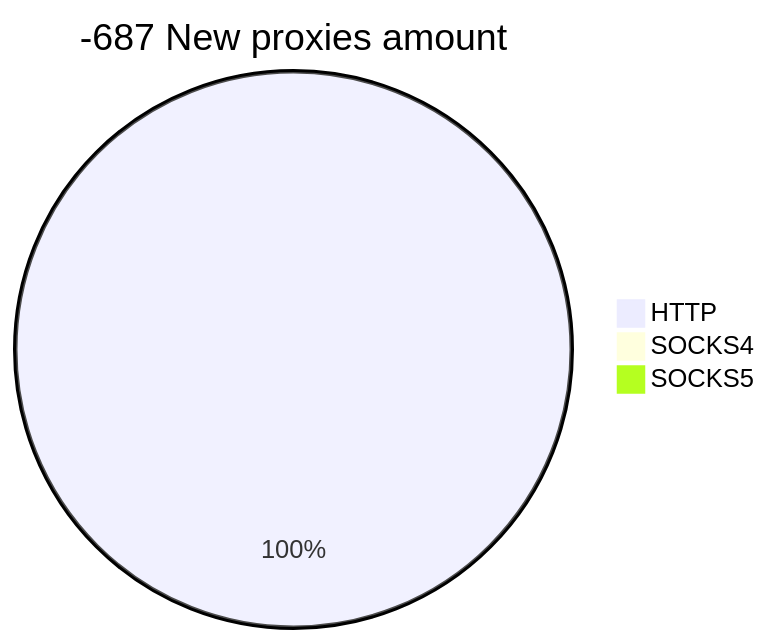
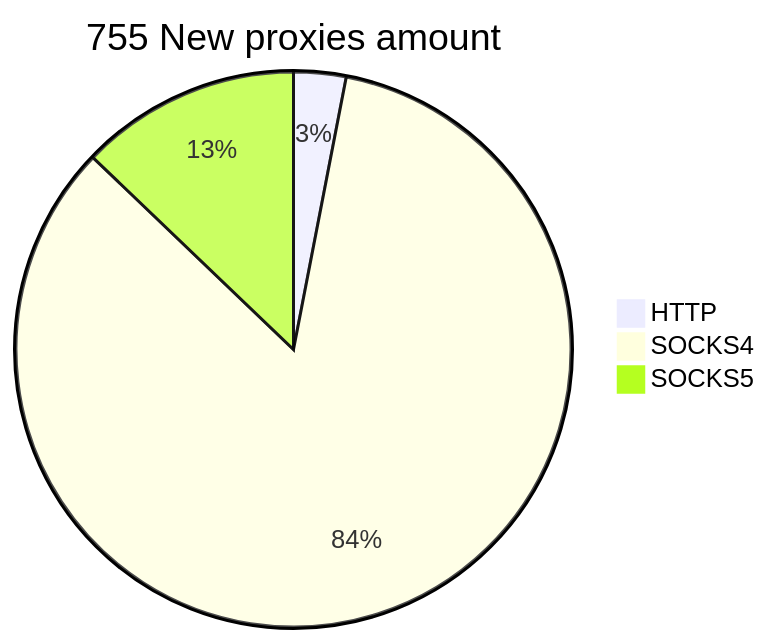
One commit to cutipu/proxylist changed the second of 2 diagrams in README.md. Above: the diagram before and after it, drawn with Mermaid. The commit also changed other lines of this file, not shown here.

````diff
--- a/README.md
+++ b/README.md
@@ -10,6 +10,6 @@
 ```mermaid
-pie title -687 New proxies amount
-    "HTTP" : 27
-    "SOCKS4" : 0
-    "SOCKS5" : 0
+pie title 755 New proxies amount
+    "HTTP" : 23
+    "SOCKS4" : 635
+    "SOCKS5" : 97
 ```
````
